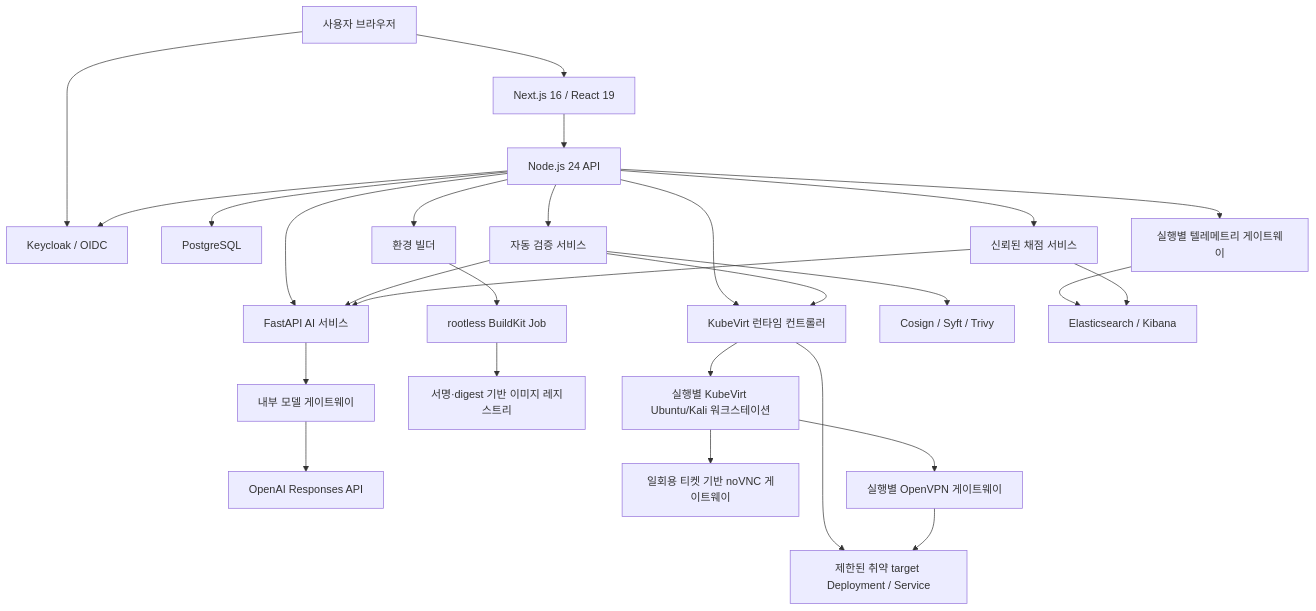
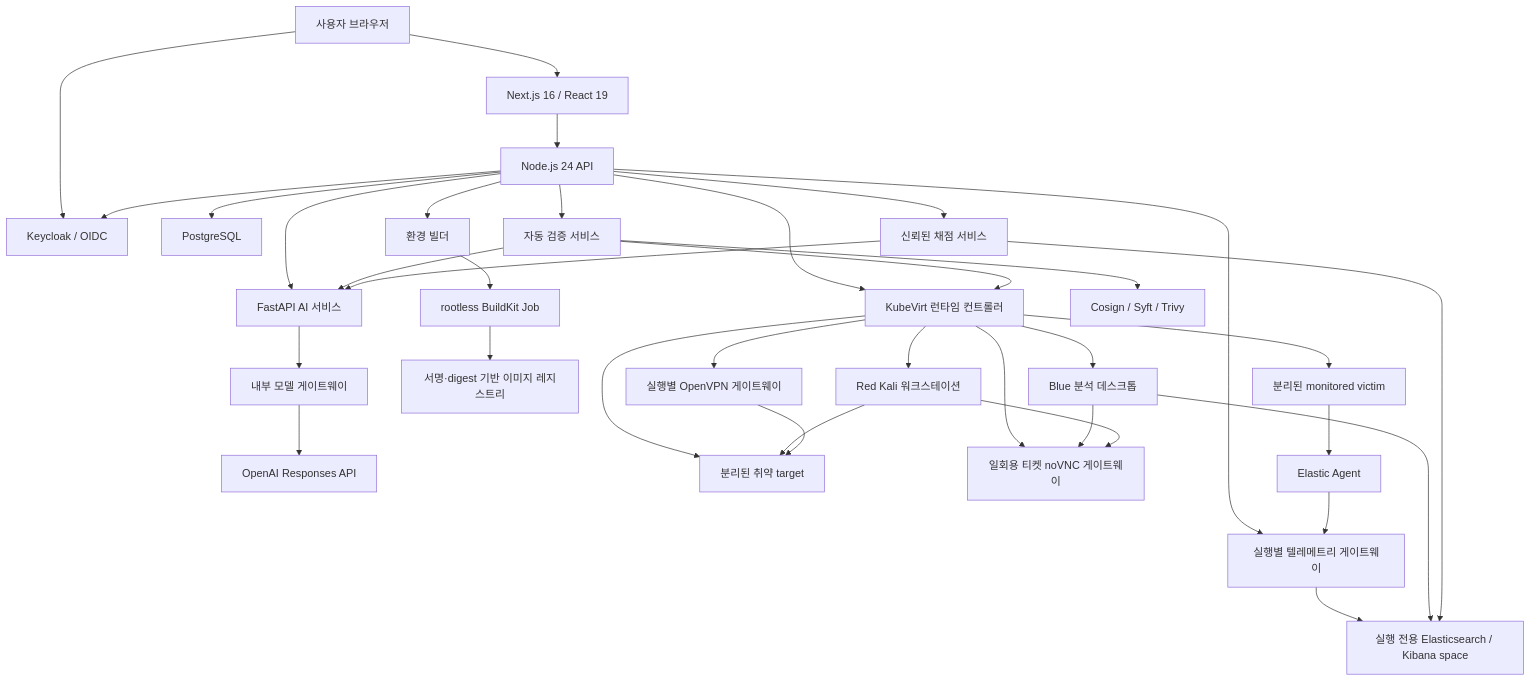
Before and after one commit to ijuns/zerotop: the first of 3 diagrams in docs/architecture.md, drawn with Mermaid. The commit also changed other lines of this file and 102 other files, not shown here.

````diff
--- a/docs/architecture.md
+++ b/docs/architecture.md
@@ -5,31 +5,39 @@
 ```mermaid
 flowchart TB
     Browser["사용자 브라우저"] --> Web["Next.js 16 / React 19"]
     Web --> API["Node.js 24 API"]
     Browser --> IdP["Keycloak / OIDC"]
     API --> IdP
     API --> DB["PostgreSQL"]
     API --> AI["FastAPI AI 서비스"]
     AI --> ModelGateway["내부 모델 게이트웨이"]
     ModelGateway --> OpenAI["OpenAI Responses API"]
     API --> Builder["환경 빌더"]
     API --> Validator["자동 검증 서비스"]
     API --> Runtime["KubeVirt 런타임 컨트롤러"]
     API --> Telemetry["실행별 텔레메트리 게이트웨이"]
     API --> Grader["신뢰된 채점 서비스"]
 
     Builder --> BuildKit["rootless BuildKit Job"]
     BuildKit --> Registry["서명·digest 기반 이미지 레지스트리"]
     Validator --> Supply["Cosign / Syft / Trivy"]
     Validator --> Runtime
     Validator --> AI
 
-    Runtime --> Workstation["실행별 KubeVirt Ubuntu/Kali 워크스테이션"]
-    Runtime --> Target["제한된 취약 target Deployment / Service"]
-    Workstation --> Desktop["일회용 티켓 기반 noVNC 게이트웨이"]
-    Workstation --> VPN["실행별 OpenVPN 게이트웨이"]
+    Runtime --> BlueDesktop["Blue 분석 데스크톱"]
+    Runtime --> Victim["분리된 monitored victim"]
+    Runtime --> RedKali["Red Kali 워크스테이션"]
+    Runtime --> Target["분리된 취약 target"]
+    Runtime --> Desktop["일회용 티켓 noVNC 게이트웨이"]
+    Runtime --> VPN["실행별 OpenVPN 게이트웨이"]
+    BlueDesktop --> Desktop
+    RedKali --> Desktop
+    Victim --> Agent["Elastic Agent"]
+    Agent --> Telemetry
+    Telemetry --> ELK["실행 전용 Elasticsearch / Kibana space"]
+    BlueDesktop --> ELK
+    RedKali --> Target
     VPN --> Target
-    Telemetry --> ELK["Elasticsearch / Kibana"]
     Grader --> ELK
     Grader --> AI
 ```
````
